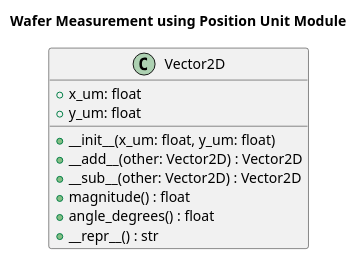
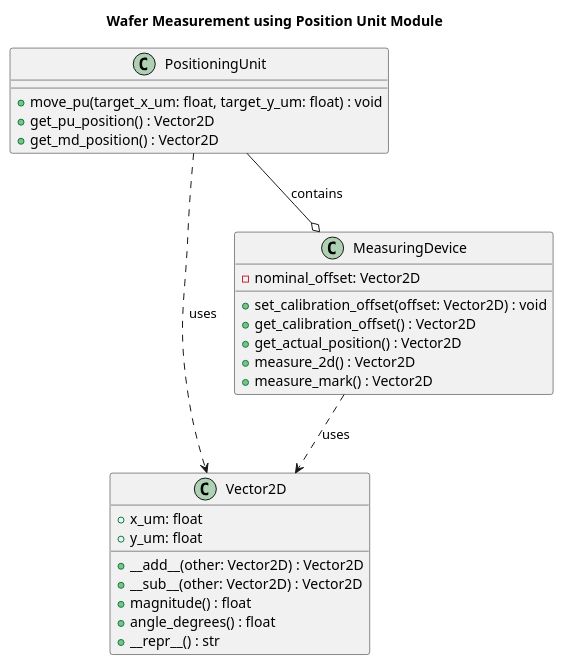
One commit to ikvibhav/device-control changed the diagram in architecture.puml. Above: the diagram before and after it, drawn with PlantUML. The commit also changed 7 other files, not shown here.

```diff
--- a/architecture.puml
+++ b/architecture.puml
@@ -1,15 +1,35 @@
 @startuml nfi_device_control
 
 title Wafer Measurement using Position Unit Module
 
 class Vector2D {
   + x_um: float
   + y_um: float
-  + __init__(x_um: float, y_um: float)
   + __add__(other: Vector2D) : Vector2D
   + __sub__(other: Vector2D) : Vector2D
   + magnitude() : float
   + angle_degrees() : float
   + __repr__() : str
 }
+
+class MeasuringDevice {
+    - nominal_offset: Vector2D
+    + set_calibration_offset(offset: Vector2D) : void
+    + get_calibration_offset() : Vector2D
+    + get_actual_position() : Vector2D
+    + measure_2d() : Vector2D
+    + measure_mark() : Vector2D
+}
+
+class PositioningUnit {
+    + move_pu(target_x_um: float, target_y_um: float) : void
+    + get_pu_position() : Vector2D
+    + get_md_position() : Vector2D
+}
+
+
+MeasuringDevice ..> Vector2D : uses
+PositioningUnit ..> Vector2D : uses
+PositioningUnit --o MeasuringDevice : contains
+
 @enduml
```
